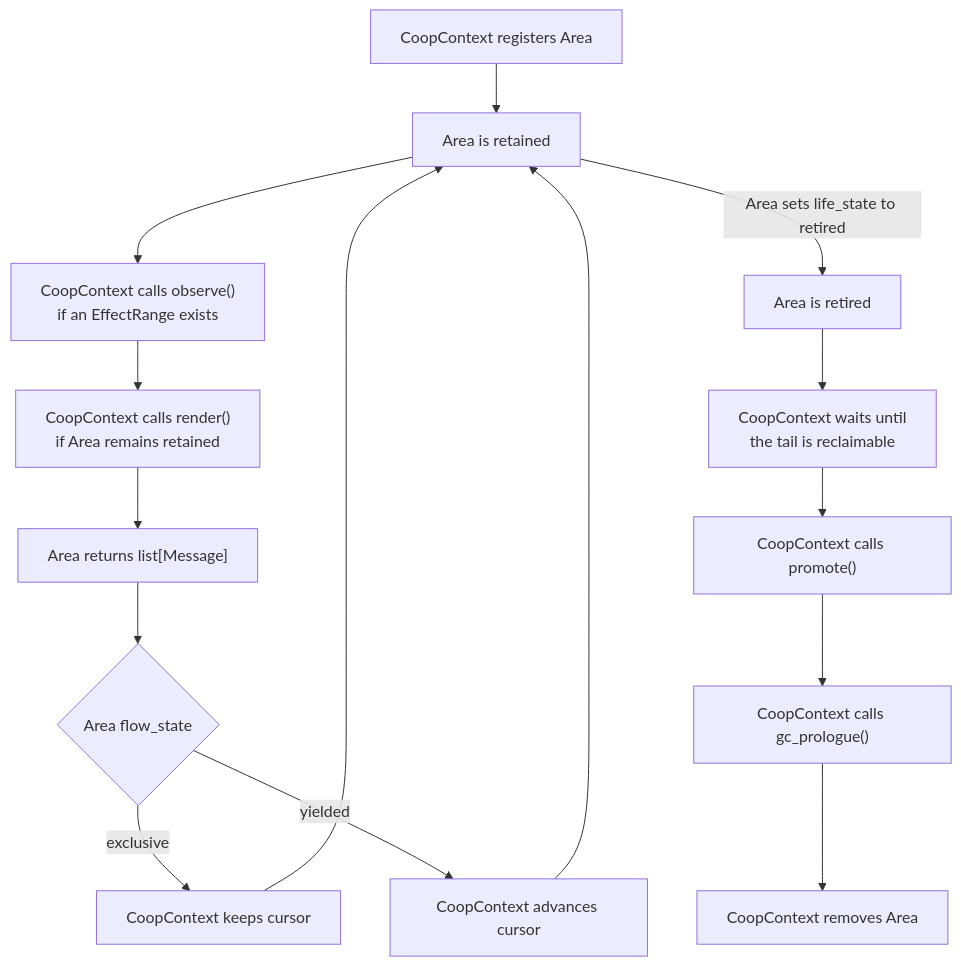
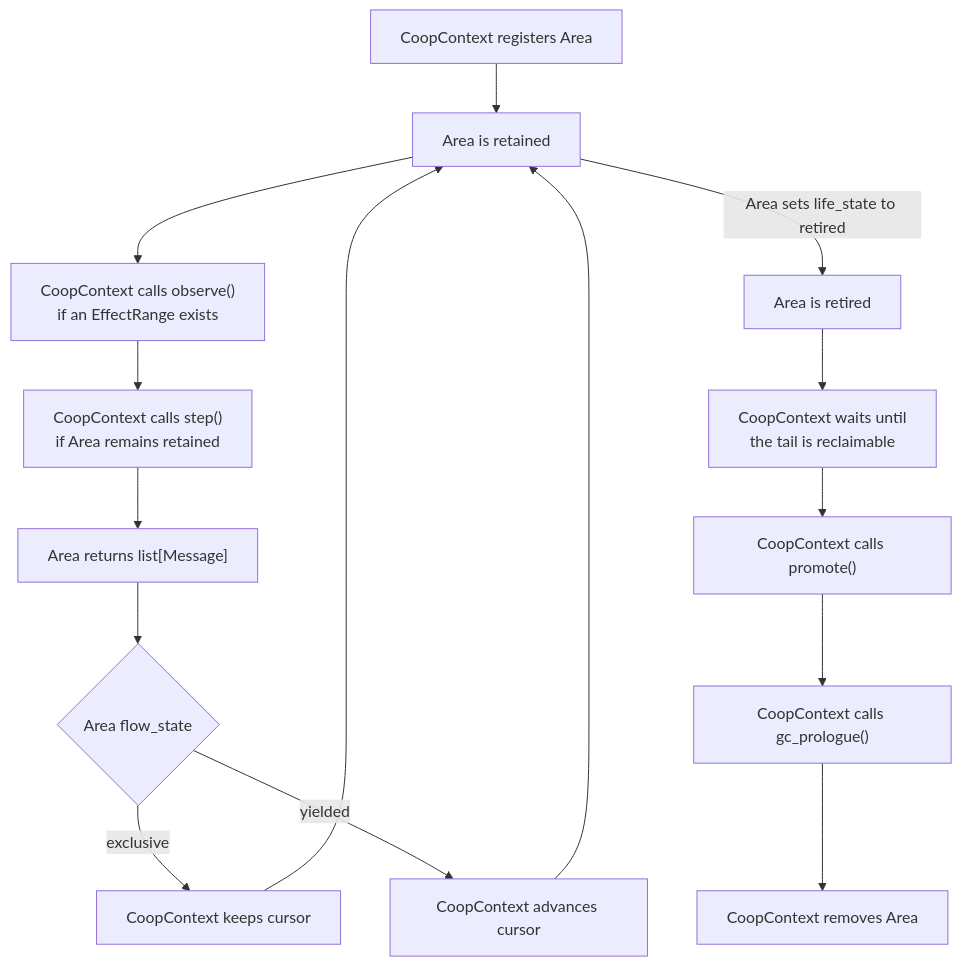
The diagram in docs/en/context-areas.md (OvenFoSten/Hydrangea), drawn with Mermaid before and after one commit. The commit also changed other lines of this file and 1 other file, not shown here.

Commit message:
Update Context Area lifecycle naming

````diff
--- a/docs/en/context-areas.md
+++ b/docs/en/context-areas.md
@@ -184,22 +184,22 @@
 ```mermaid
 flowchart TD
     accTitle: Context Area lifecycle
-    accDescr: CoopContext repeatedly observes and renders a retained Area, then waits until a retired Area can be promoted and reclaimed.
+    accDescr: CoopContext repeatedly observes and steps a retained Area, then waits until a retired Area can be promoted and reclaimed.
 
     Register["CoopContext registers Area"] --> Retain["Area is retained"]
     Retain --> Observe["CoopContext calls observe()<br/>if an EffectRange exists"]
-    Observe --> Render["CoopContext calls render()<br/>if Area remains retained"]
+    Observe --> Render["CoopContext calls step()<br/>if Area remains retained"]
     Render --> Messages["Area returns list[Message]"]
     Messages --> Flow{"Area flow_state"}
 
     Flow -- exclusive --> Keep["CoopContext keeps cursor"]
     Flow -- yielded --> Advance["CoopContext advances cursor"]
     Keep --> Retain
     Advance --> Retain
 
     Retain -->|"Area sets life_state to retired"| Retired["Area is retired"]
     Retired --> Wait["CoopContext waits until<br/>the tail is reclaimable"]
     Wait --> Promote["CoopContext calls promote()"]
     Promote --> Prologue["CoopContext calls gc_prologue()"]
     Prologue --> Removed["CoopContext removes Area"]
 ```
````
